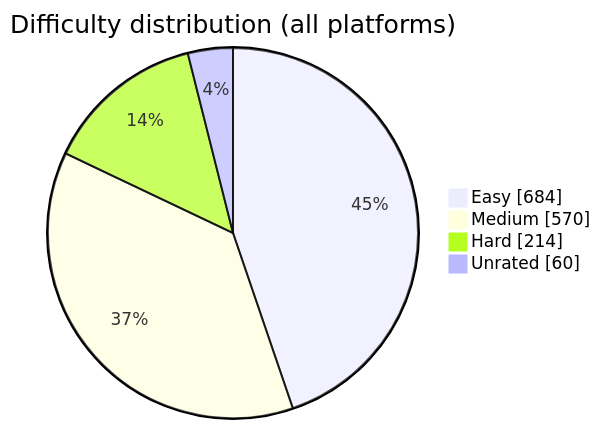
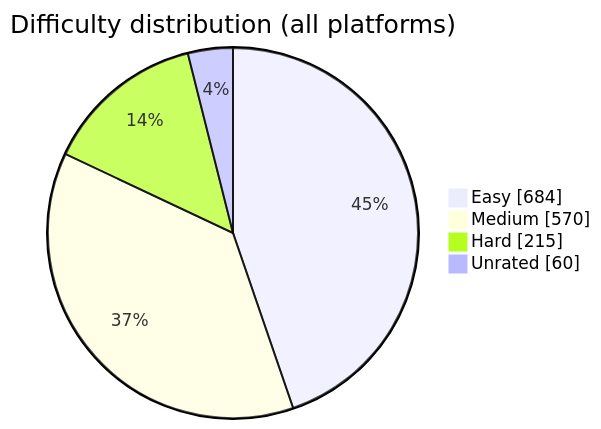
One commit to BuildbyArindam/Daily-Coding-Log changed the diagram in README.md. Above: the diagram before and after it, drawn with Mermaid. The commit also changed other lines of this file, not shown here.

````diff
--- a/README.md
+++ b/README.md
@@ -93,7 +93,7 @@
 ```mermaid
 pie showData title Difficulty distribution (all platforms)
     "Easy" : 684
     "Medium" : 570
-    "Hard" : 214
+    "Hard" : 215
     "Unrated" : 60
 ```
````
